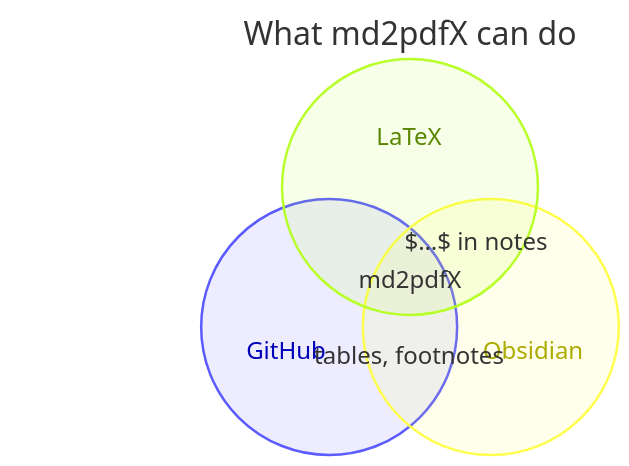
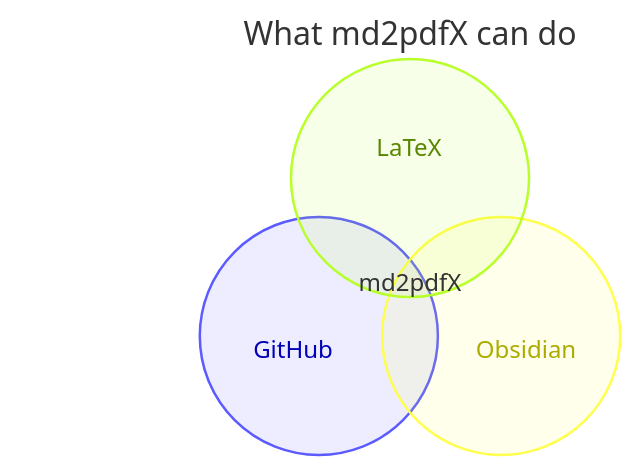
One commit to Kseen715/md2pdfX changed the ninth of 9 diagrams in examples/charts.md. Above: the diagram before and after it, drawn with Mermaid. The commit also changed 11 other files, not shown here.

````diff
--- a/examples/charts.md
+++ b/examples/charts.md
@@ -124,10 +124,11 @@
 ```mermaid
 venn-beta
     title What md2pdfX can do
-    set A["GitHub"]
-    set B["Obsidian"]
-    set C["LaTeX"]
-    union A,B["tables, footnotes"]
-    union B,C["$…$ in notes"]
-    union A,B,C["md2pdfX"]
+    set A["GitHub"]:20
+    set B["Obsidian"]:20
+    set C["LaTeX"]:20
+    union A,B:2.5
+    union B,C:2.5
+    union A,C:2.5
+    union A,B,C["md2pdfX"]:1.2
 ```
````
